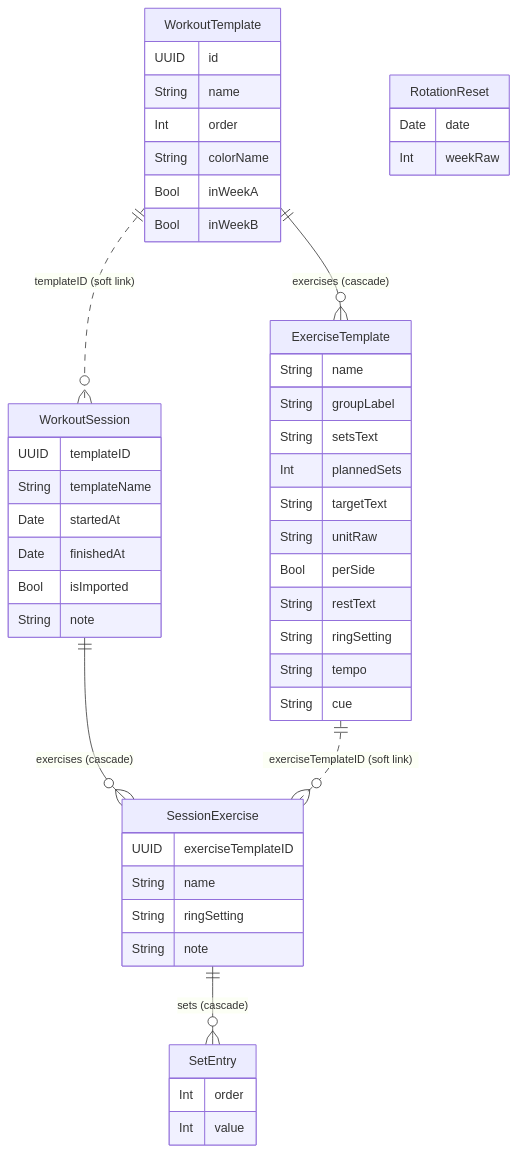
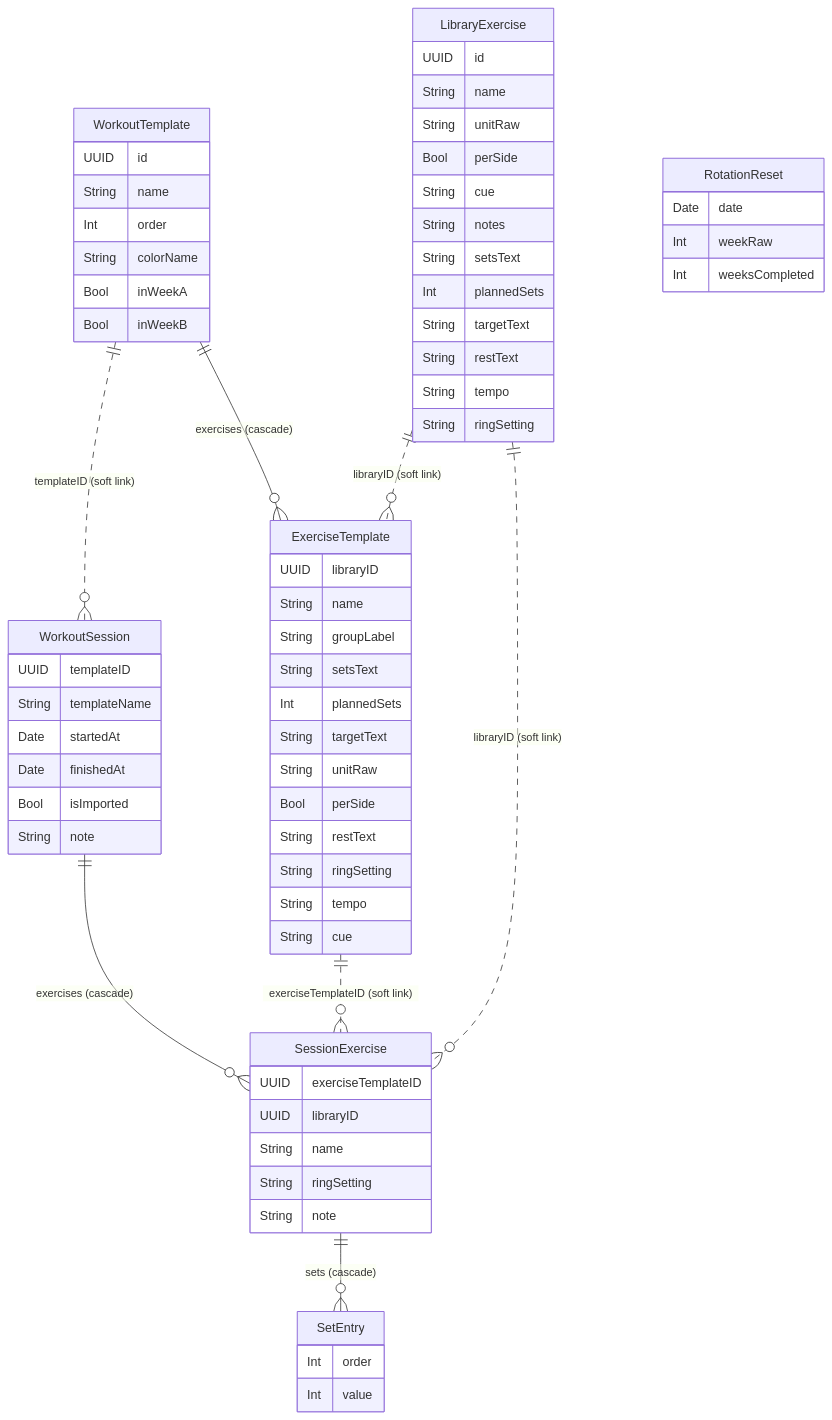
The second of 5 diagrams in docs/architecture.md (tzehon/workout-tracker), drawn with Mermaid before and after one commit. The commit also changed other lines of this file and 3 other files, not shown here.

First line of the commit message:
docs: document Pancake, the exercise library and session editing

````diff
--- a/docs/architecture.md
+++ b/docs/architecture.md
@@ -57,52 +64,71 @@
 ```mermaid
 erDiagram
     WorkoutTemplate ||--o{ ExerciseTemplate : "exercises (cascade)"
     WorkoutSession ||--o{ SessionExercise : "exercises (cascade)"
     SessionExercise ||--o{ SetEntry : "sets (cascade)"
     WorkoutTemplate ||..o{ WorkoutSession : "templateID (soft link)"
     ExerciseTemplate ||..o{ SessionExercise : "exerciseTemplateID (soft link)"
+    LibraryExercise ||..o{ ExerciseTemplate : "libraryID (soft link)"
+    LibraryExercise ||..o{ SessionExercise : "libraryID (soft link)"
 
     WorkoutTemplate {
         UUID id
         String name
         Int order
         String colorName
         Bool inWeekA
         Bool inWeekB
     }
+    LibraryExercise {
+        UUID id
+        String name
+        String unitRaw
+        Bool perSide
+        String cue
+        String notes
+        String setsText
+        Int plannedSets
+        String targetText
+        String restText
+        String tempo
+        String ringSetting
+    }
     ExerciseTemplate {
+        UUID libraryID
         String name
         String groupLabel
         String setsText
         Int plannedSets
         String targetText
         String unitRaw
         Bool perSide
         String restText
         String ringSetting
         String tempo
         String cue
     }
     WorkoutSession {
         UUID templateID
         String templateName
         Date startedAt
         Date finishedAt
         Bool isImported
         String note
     }
     SessionExercise {
         UUID exerciseTemplateID
+        UUID libraryID
         String name
         String ringSetting
         String note
     }
     SetEntry {
         Int order
         Int value
     }
     RotationReset {
         Date date
         Int weekRaw
+        Int weeksCompleted
     }
 ```
````
